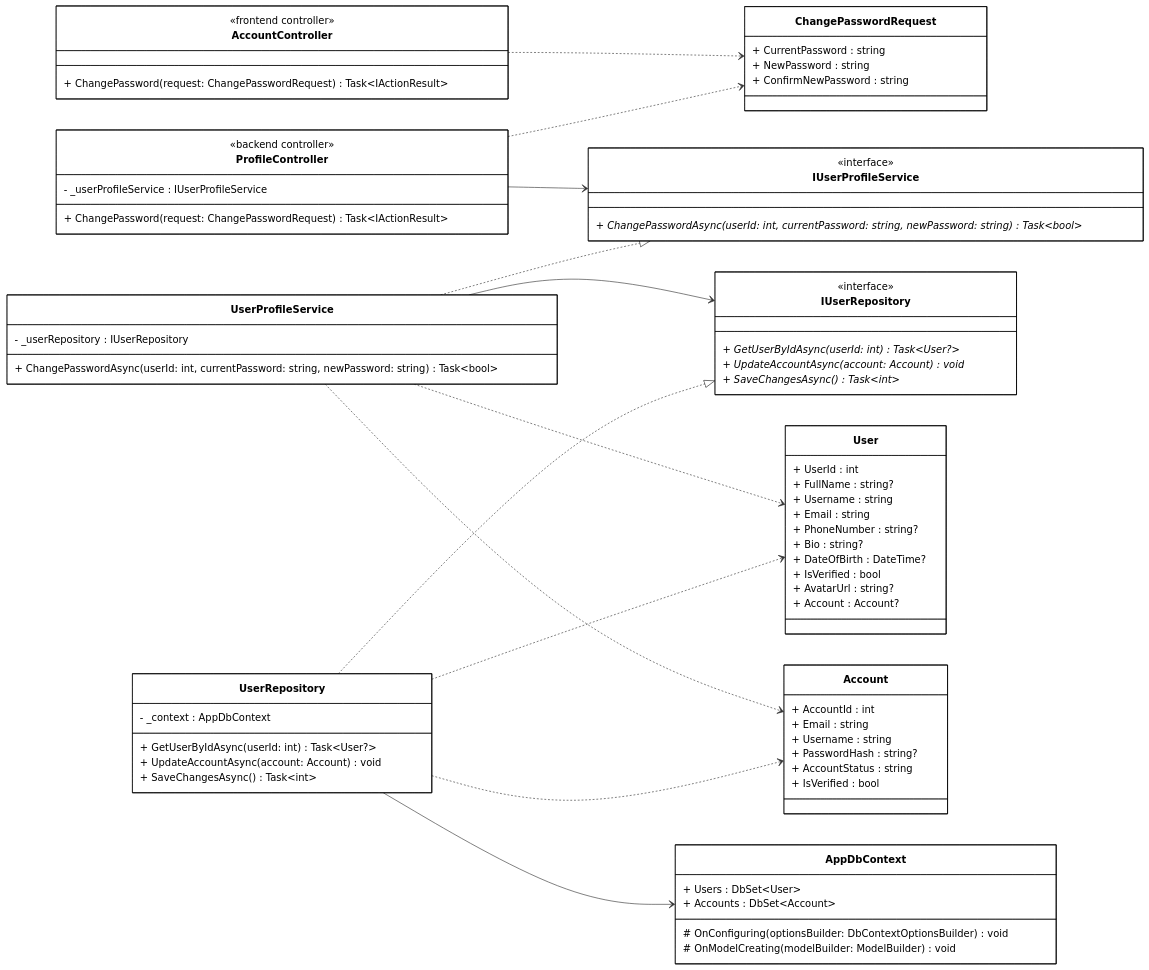
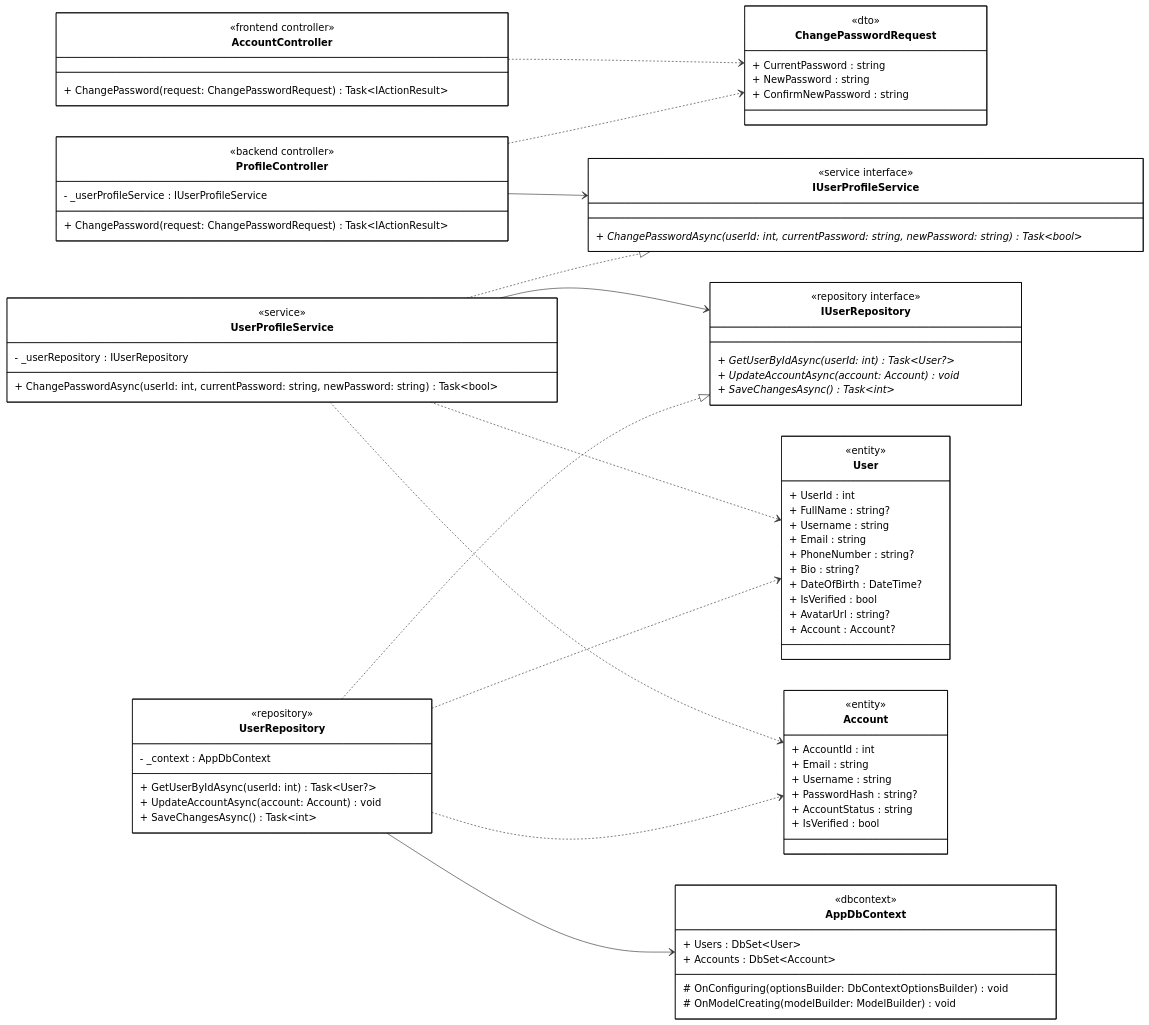
One commit to 1000do/Linked changed the diagram in diagrams/class_mermaid/profile/cls_mm_change_password.mmd. Above: the diagram before and after it, drawn with Mermaid. The commit also changed 28 other files, not shown here.

```diff
--- a/diagrams/class_mermaid/profile/cls_mm_change_password.mmd
+++ b/diagrams/class_mermaid/profile/cls_mm_change_password.mmd
@@ -1,117 +1,123 @@
 classDiagram
 direction LR
 
 %% ==================== FRONTEND ====================
 
 class AccountControllerFE["AccountController"] {
     <<frontend controller>>
     + ChangePassword(request: ChangePasswordRequest) Task~IActionResult~
 }
 
 %% ==================== BACKEND - CONTROLLER ====================
 
 class ProfileControllerBE["ProfileController"] {
     <<backend controller>>
     - _userProfileService : IUserProfileService
     
     + ChangePassword(request: ChangePasswordRequest) Task~IActionResult~
 }
 
 %% ==================== BACKEND - DTOs ====================
 
 class ChangePasswordRequest {
+    <<dto>>
     + CurrentPassword : string
     + NewPassword : string
     + ConfirmNewPassword : string
 }
 
 %% ==================== BACKEND - DOMAIN ENTITIES ====================
 
 class User {
+    <<entity>>
     + UserId : int
     + FullName : string?
     + Username : string
     + Email : string
     + PhoneNumber : string?
     + Bio : string?
     + DateOfBirth : DateTime?
     + IsVerified : bool
     + AvatarUrl : string?
     + Account : Account?
 }
 
 class Account {
+    <<entity>>
     + AccountId : int
     + Email : string
     + Username : string
     + PasswordHash : string?
     + AccountStatus : string
     + IsVerified : bool
 }
 
 %% ==================== BACKEND - SERVICE INTERFACES ====================
 
 class IUserProfileService {
-    <<interface>>
+    <<service interface>>
     + ChangePasswordAsync(userId: int, currentPassword: string, newPassword: string) Task~bool~ *
 }
 
 class IUserRepository {
-    <<interface>>
+    <<repository interface>>
     + GetUserByIdAsync(userId: int) Task~User?~ *
     + UpdateAccountAsync(account: Account) void *
     + SaveChangesAsync() Task~int~ *
 }
 
 %% ==================== BACKEND - SERVICE IMPLEMENTATION ====================
 
 class UserProfileService {
+    <<service>>
     - _userRepository : IUserRepository
     
     + ChangePasswordAsync(userId: int, currentPassword: string, newPassword: string) Task~bool~
 }
 
 %% ==================== BACKEND - REPOSITORY IMPLEMENTATION ====================
 
 class UserRepository {
+    <<repository>>
     - _context : AppDbContext
     
     + GetUserByIdAsync(userId: int) Task~User?~
     + UpdateAccountAsync(account: Account) void
     + SaveChangesAsync() Task~int~
 }
 
 %% ==================== BACKEND - DbContext ====================
 
 class AppDbContext {
+    <<dbcontext>>
     + Users : DbSet~User~
     + Accounts : DbSet~Account~
     
     # OnConfiguring(optionsBuilder: DbContextOptionsBuilder) void
     # OnModelCreating(modelBuilder: ModelBuilder) void
 }
 
 %% ==================== RELATIONSHIPS ====================
 
 %% === UNIDIRECTIONAL ASSOCIATION (solid arrow) ===
 ProfileControllerBE --> IUserProfileService
 UserProfileService --> IUserRepository
 UserRepository --> AppDbContext
 
 %% === INTERFACE REALIZATION ===
 UserProfileService ..|> IUserProfileService
 UserRepository ..|> IUserRepository
 
 %% === DEPENDENCY (dashed arrows) ===
 AccountControllerFE ..> ChangePasswordRequest
 ProfileControllerBE ..> ChangePasswordRequest
 
 UserProfileService ..> User
 UserProfileService ..> Account
 
 UserRepository ..> User
 UserRepository ..> Account
 
 %% ==================== STYLES ====================
 
 classDef default fill:#FFFFFF,stroke:#000000,stroke-width:1px,color:#000000
```
